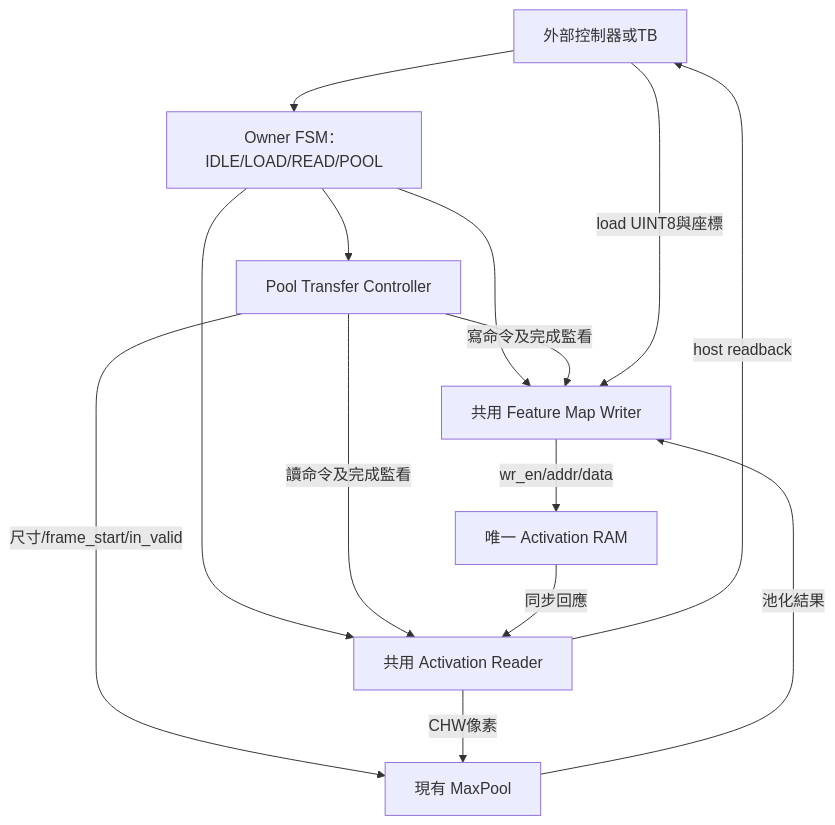
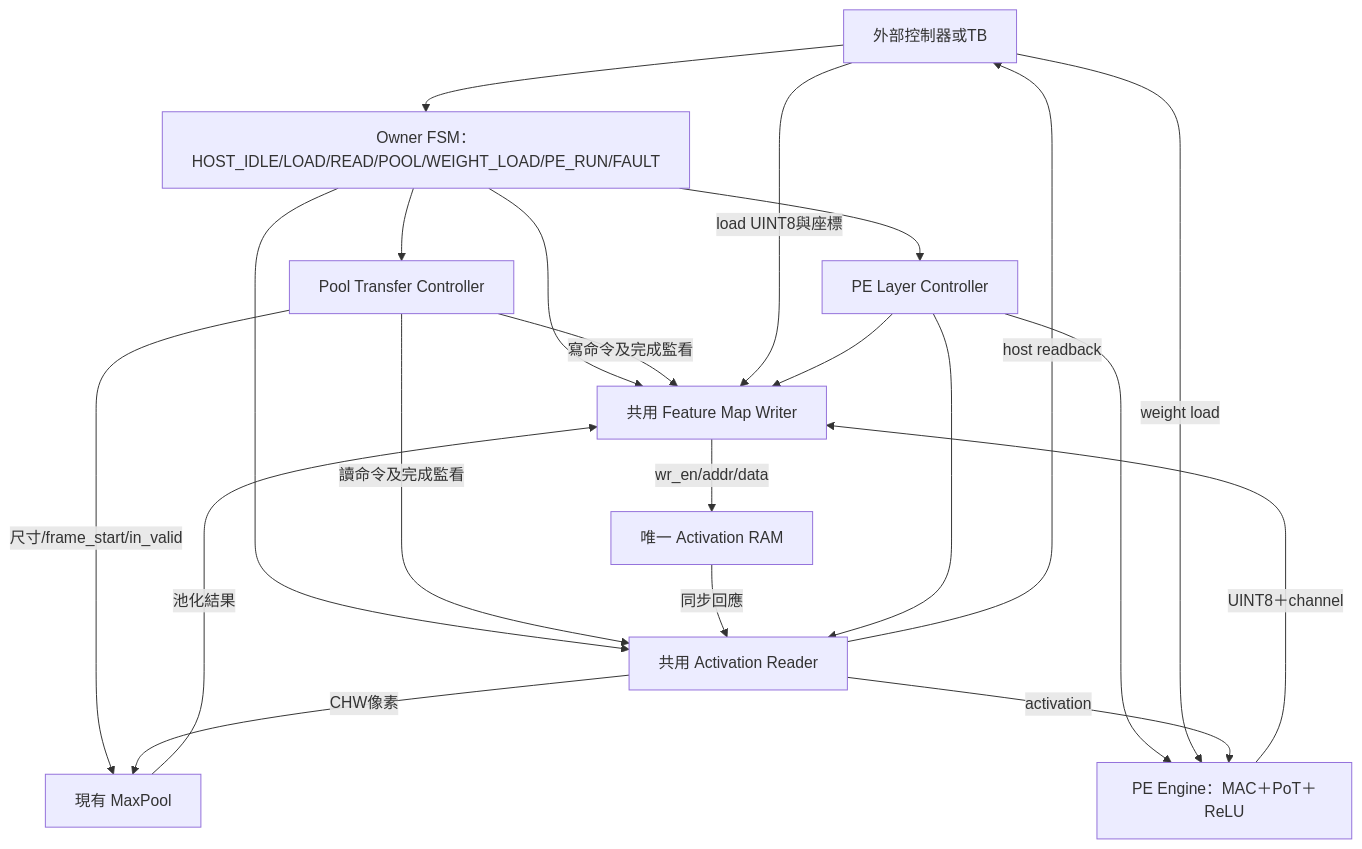
One commit to Lswen-Lee/KWS_DNN_Hybrid changed the first of 2 diagrams in HYBRID_SYSTEM/docs/ACTIVATION_PATH_CONTROL_GUIDE.md. Above: the diagram before and after it, drawn with Mermaid. The commit also changed other lines of this file and 9 other files, not shown here.

````diff
--- a/HYBRID_SYSTEM/docs/ACTIVATION_PATH_CONTROL_GUIDE.md
+++ b/HYBRID_SYSTEM/docs/ACTIVATION_PATH_CONTROL_GUIDE.md
@@ -25,16 +27,23 @@
 ```mermaid
 flowchart TB
-  H[外部控制器或TB] --> O[Owner FSM：IDLE/LOAD/READ/POOL]
+  H[外部控制器或TB] --> O[Owner FSM：HOST_IDLE/LOAD/READ/POOL/WEIGHT_LOAD/PE_RUN/FAULT]
   O --> W[共用 Feature Map Writer]
   O --> R[共用 Activation Reader]
   O --> C[Pool Transfer Controller]
   C -->|寫命令及完成監看| W
   C -->|讀命令及完成監看| R
   C -->|尺寸/frame_start/in_valid| P[現有 MaxPool]
   H -->|load UINT8與座標| W
   W -->|wr_en/addr/data| M[唯一 Activation RAM]
   M -->|同步回應| R
   R -->|host readback| H
   R -->|CHW像素| P
   P -->|池化結果| W
+  O --> PC[PE Layer Controller]
+  PC --> R
+  PC --> W
+  PC --> PE[PE Engine：MAC＋PoT＋ReLU]
+  H -->|weight load| PE
+  R -->|activation| PE
+  PE -->|UINT8＋channel| W
 ```
````
